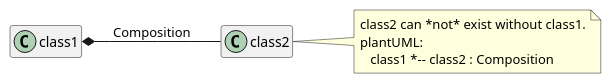
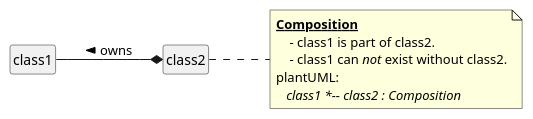
Before and after one commit to chraxo/UmlMarkdownCheatSheet: diagram 12 of 23 in uml_markdown_summary.md, drawn with PlantUML. The commit also changed other lines of this file, not shown here.

Commit message:
class diagram: further improvement

```diff
--- a/uml_markdown_summary.md
+++ b/uml_markdown_summary.md
@@ -277,13 +354,19 @@
 @startuml
+    skinparam classFontName Consolas
+    skinparam classAttributeFontName Consolas
+    skinparam noteFontName Consolas
+
+    hide empty members
     left to right direction
-    skinparam noteFontName Consolas
-    hide empty members
+    skinparam style strictuml
     
-    class1 *-- class2 : Composition
+    class1 --* class2 : < owns
 
     note right
-        class2 can *not* exist without class1.
+        **__Composition__**
+            - class1 is part of class2.
+            - class1 can //not// exist without class2.
         plantUML:
-           class1 *-- class2 : Composition
+           //class1 *-- class2 : Composition//
     end note
 @enduml
```
